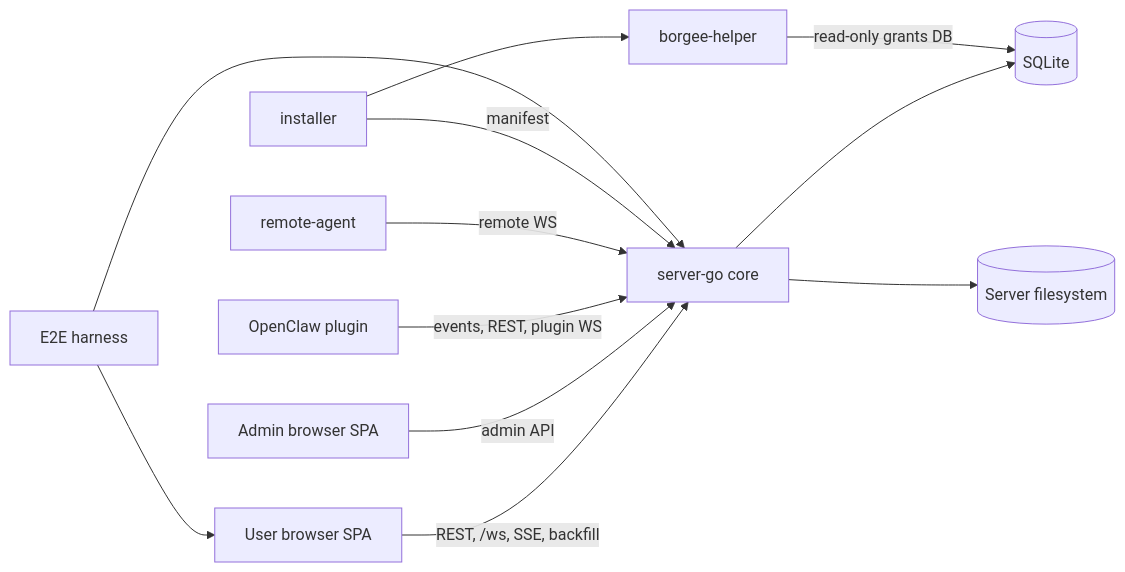
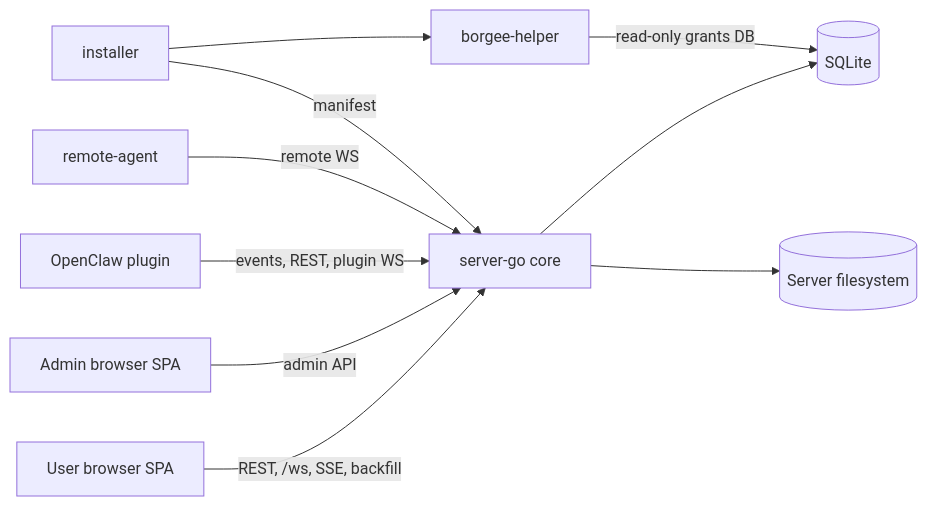
The diagram in docs/current/README.md (codetreker/borgee), drawn with Mermaid before and after one commit. The commit also changed other lines of this file and 6 other files, not shown here.

````diff
--- a/docs/current/README.md
+++ b/docs/current/README.md
@@ -3,25 +3,22 @@
 ```mermaid
 flowchart LR
   user[User browser SPA]
   admin[Admin browser SPA]
   server[server-go core]
   db[(SQLite)]
   fs[(Server filesystem)]
   plugin[OpenClaw plugin]
   remote[remote-agent]
   helper[borgee-helper]
   installer[installer]
-  e2e[E2E harness]
 
   user -->|REST, /ws, SSE, backfill| server
   admin -->|admin API| server
   server --> db
   server --> fs
   plugin -->|events, REST, plugin WS| server
   remote -->|remote WS| server
   installer -->|manifest| server
   installer --> helper
   helper -->|read-only grants DB| db
-  e2e --> user
-  e2e --> server
 ```
````
